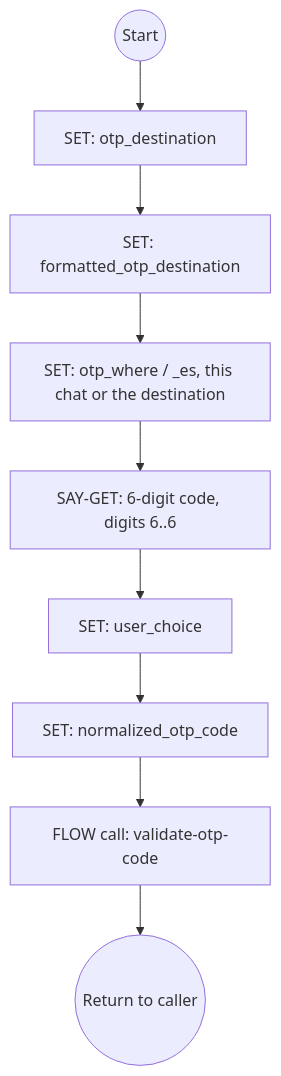
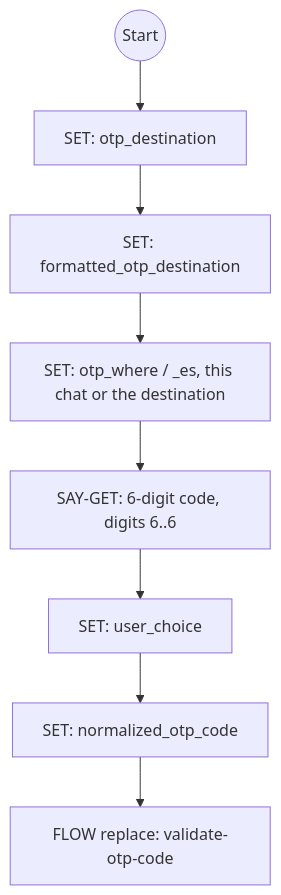
Before and after one commit to ronpinkas/jsfe: the seventh of 22 diagrams in docs/system-flows.md, drawn with Mermaid. The commit also changed other lines of this file and 1 other file, not shown here.

````diff
--- a/docs/system-flows.md
+++ b/docs/system-flows.md
@@ -426,11 +426,10 @@
 ```mermaid
 graph TD
     start((Start)) --> set_otp_destination[SET: otp_destination]
     set_otp_destination --> formatted[SET: formatted_otp_destination]
     formatted --> set_otp_where[SET: otp_where / _es, this chat or the destination]
     set_otp_where --> get_otp[SAY-GET: 6-digit code, digits 6..6]
     get_otp --> set_user_choice[SET: user_choice]
     set_user_choice --> set_otp_code[SET: normalized_otp_code]
-    set_otp_code --> validate[FLOW call: validate-otp-code]
-    validate --> stop((Return to caller))
+    set_otp_code --> validate[FLOW replace: validate-otp-code]
 ```
````
